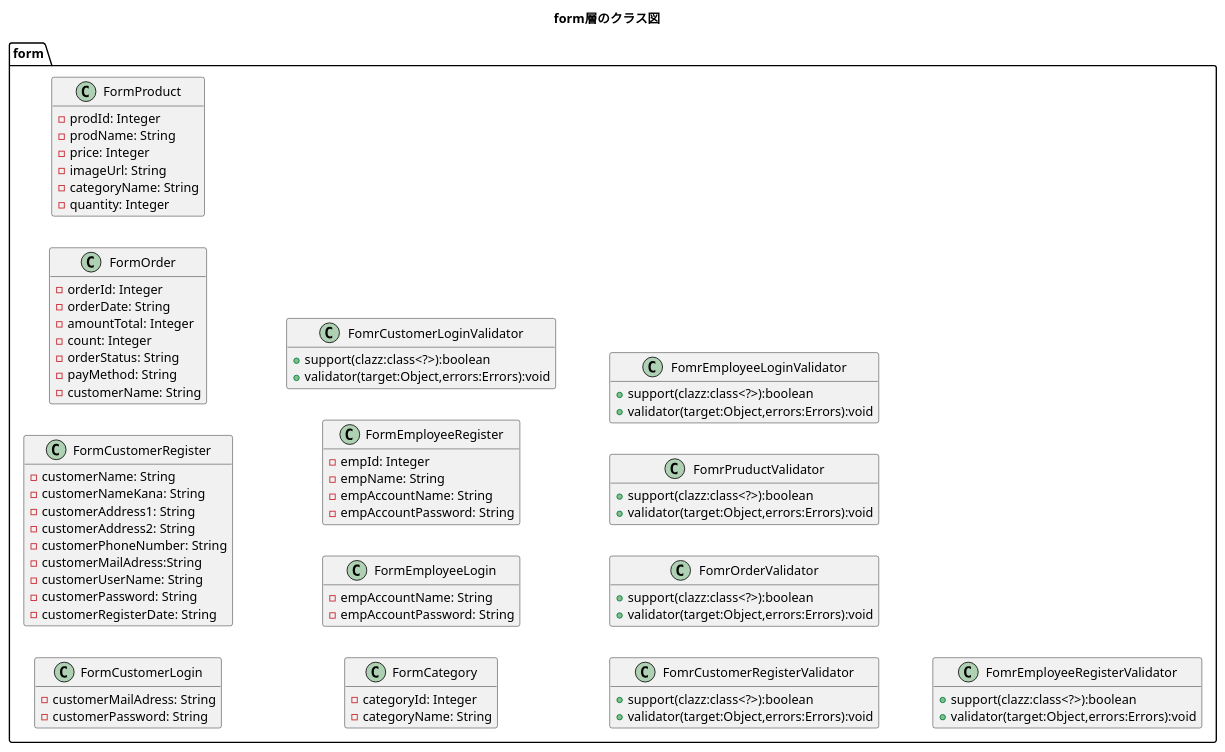
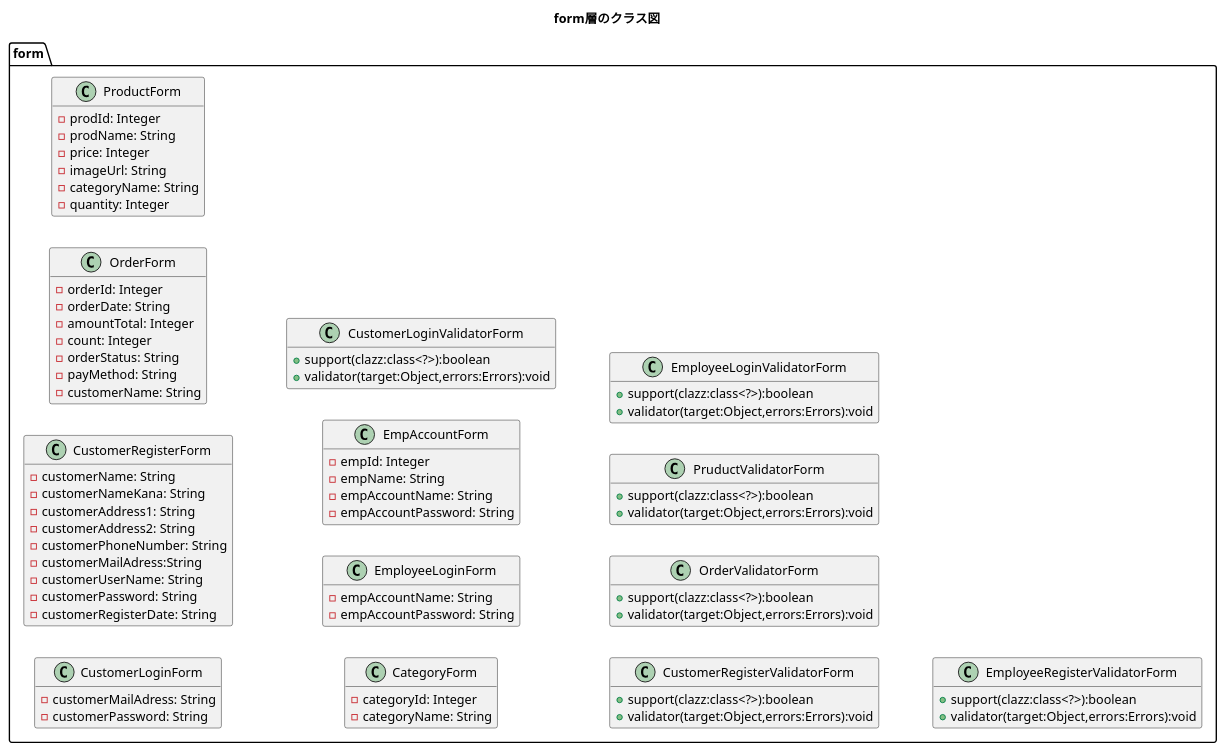
Before and after one commit to kanavii3333/ec-b: the diagram in plan/uml/class/form.plantuml, drawn with PlantUML. The commit also changed 10 other files, not shown here.

```diff
--- a/plan/uml/class/form.plantuml
+++ b/plan/uml/class/form.plantuml
@@ -1,90 +1,90 @@
 @startuml
 title form層のクラス図
 hide empty members
 left to right direction
 
 package form{
-	class FormCustomerLogin{
+	class CustomerLoginForm{
 		-customerMailAdress: String
 		-customerPassword: String
 	}
 
-    class FormCustomerRegister{
+    class CustomerRegisterForm{
         -customerName: String
         -customerNameKana: String
         -customerAddress1: String
         -customerAddress2: String
         -customerPhoneNumber: String
         -customerMailAdress:String
         -customerUserName: String
         -customerPassword: String
         -customerRegisterDate: String
     }
 
-    class FormOrder{
+    class OrderForm{
         -orderId: Integer
         -orderDate: String
         -amountTotal: Integer
         -count: Integer
         -orderStatus: String
         -payMethod: String
         -customerName: String
     }
 
-    class FormProduct{
+    class ProductForm{
         -prodId: Integer
         -prodName: String
         -price: Integer
         -imageUrl: String
         -categoryName: String
         -quantity: Integer
     }
     
-    class FormCategory{
+    class CategoryForm{
         -categoryId: Integer
         -categoryName: String
     }
 	
-	class FormEmployeeLogin{
+	class EmployeeLoginForm{
 		-empAccountName: String
         -empAccountPassword: String
 	}
 	
-	class FormEmployeeRegister{
+	class EmpAccountForm{
 		-empId: Integer
 		-empName: String
 		-empAccountName: String
         -empAccountPassword: String
 	}
     
-    class FomrCustomerLoginValidator{
+    class CustomerLoginValidatorForm{
 		+support(clazz:class<?>):boolean
 		+validator(target:Object,errors:Errors):void
     }
 
-    class FomrCustomerRegisterValidator{
+    class CustomerRegisterValidatorForm{
 		+support(clazz:class<?>):boolean
 		+validator(target:Object,errors:Errors):void
     }
     
-    class FomrOrderValidator{
+    class OrderValidatorForm{
 		+support(clazz:class<?>):boolean
 		+validator(target:Object,errors:Errors):void
     }
     
-    class FomrPruductValidator{
+    class PruductValidatorForm{
 		+support(clazz:class<?>):boolean
 		+validator(target:Object,errors:Errors):void
     }
     
-    class FomrEmployeeLoginValidator{
+    class EmployeeLoginValidatorForm{
 		+support(clazz:class<?>):boolean
 		+validator(target:Object,errors:Errors):void
     }
 
-    class FomrEmployeeRegisterValidator{
+    class EmployeeRegisterValidatorForm{
 		+support(clazz:class<?>):boolean
 		+validator(target:Object,errors:Errors):void
     }
 }
 @enduml
```
